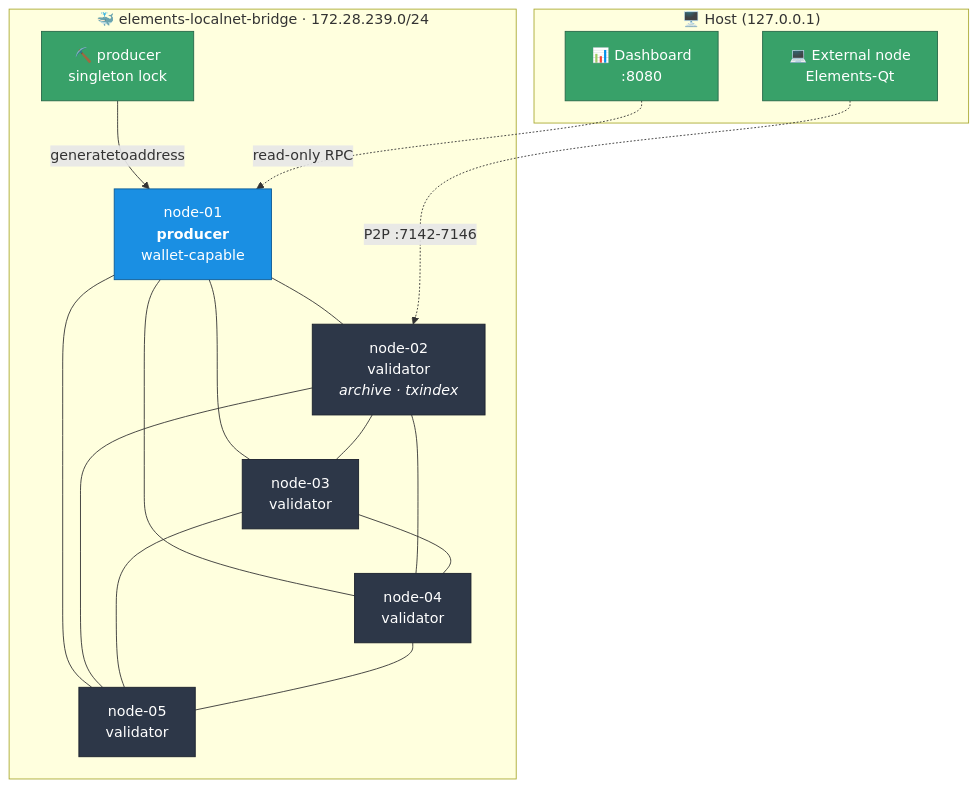
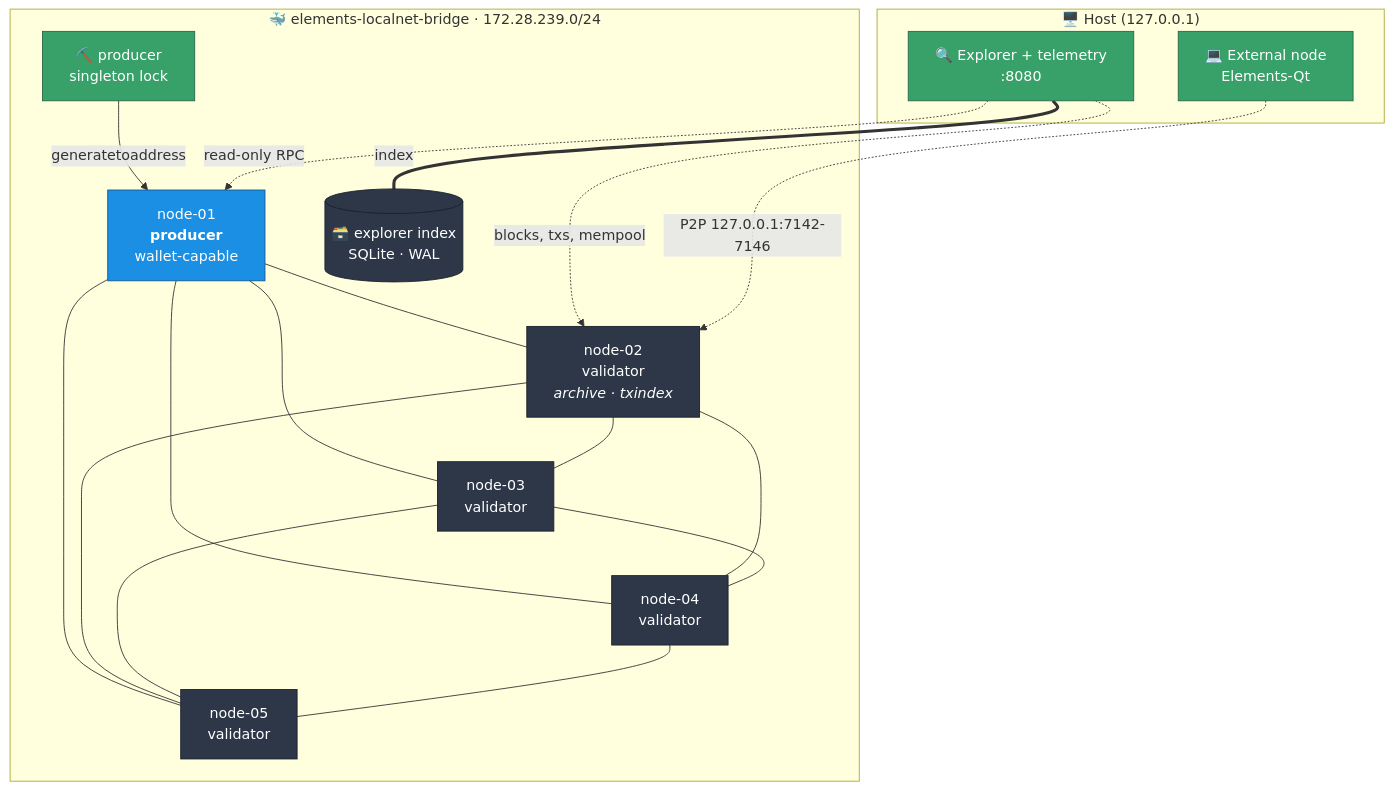
Before and after one commit to Lord1Egypt/elements-localnet: the diagram in README.md, drawn with Mermaid. The commit also changed other lines of this file and 50 other files, not shown here.

````diff
--- a/README.md
+++ b/README.md
@@ -44,38 +46,42 @@
 ```mermaid
 graph TB
     subgraph host["🖥️ Host (127.0.0.1)"]
-        DASH["📊 Dashboard<br/>:8080"]
+        DASH["🔍 Explorer + telemetry<br/>:8080"]
         EXT["💻 External node<br/>Elements-Qt"]
     end
 
     subgraph net["🐳 elements-localnet-bridge · 172.28.239.0/24"]
         N1["node-01<br/><b>producer</b><br/>wallet-capable"]
         N2["node-02<br/>validator<br/><i>archive · txindex</i>"]
         N3["node-03<br/>validator"]
         N4["node-04<br/>validator"]
         N5["node-05<br/>validator"]
         PROD["⛏️ producer<br/>singleton lock"]
+        DB[("🗃️ explorer index<br/>SQLite · WAL")]
     end
 
     PROD -->|"generatetoaddress"| N1
     N1 --- N2
     N1 --- N3
     N1 --- N4
     N1 --- N5
     N2 --- N3
     N2 --- N4
     N2 --- N5
     N3 --- N4
     N3 --- N5
     N4 --- N5
 
     DASH -.->|"read-only RPC"| N1
-    EXT -.->|"P2P :7142-7146"| N2
+    DASH ===|"index"| DB
+    DASH -.->|"blocks, txs, mempool"| N2
+    EXT -.->|"P2P 127.0.0.1:7142-7146"| N2
 
     classDef prod fill:#1a8fe3,stroke:#0d5a94,color:#fff
     classDef val fill:#2d3748,stroke:#1a202c,color:#fff
     classDef svc fill:#38a169,stroke:#276749,color:#fff
     class N1 prod
     class N2,N3,N4,N5 val
     class PROD,DASH,EXT svc
+    class DB val
 ```
````
